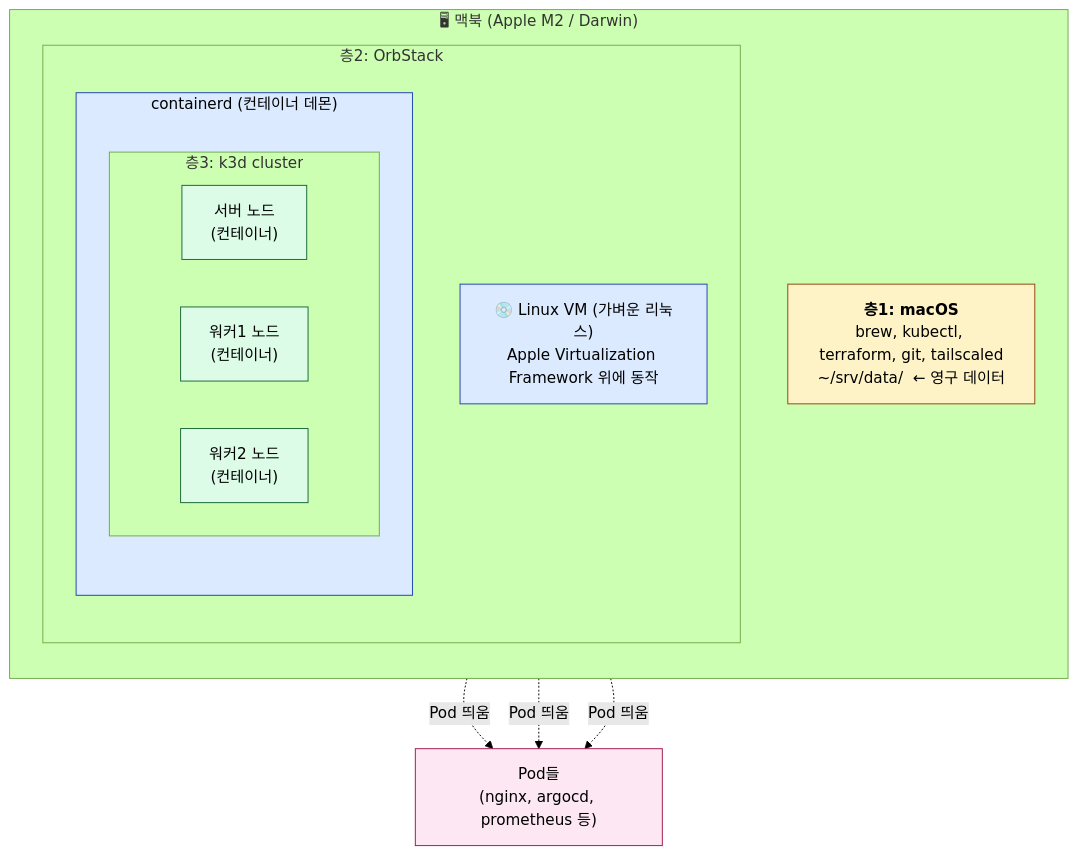
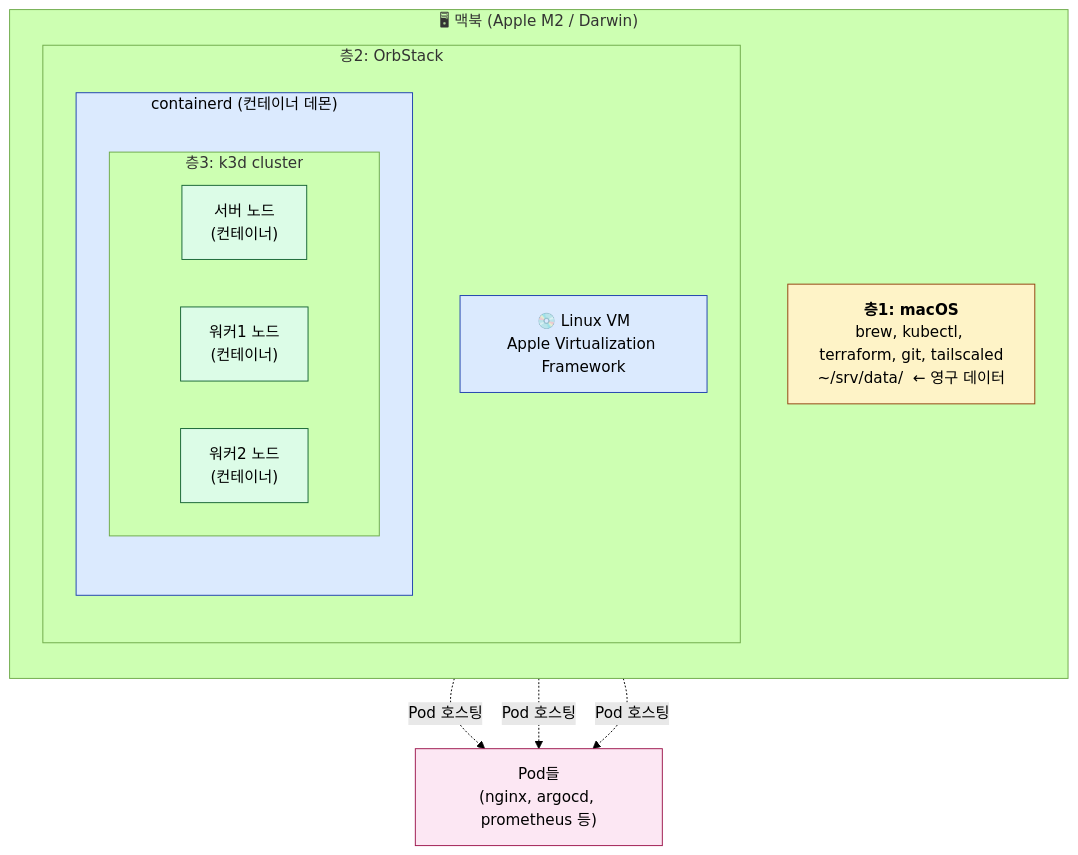
Before and after one commit to currenjin/currenjin.github.io: the second of 13 diagrams in _wiki/homelab.md, drawn with Mermaid (forest theme). The commit also changed other lines of this file, not shown here.

````diff
--- a/_wiki/homelab.md
+++ b/_wiki/homelab.md
@@ -214,36 +101,36 @@
 ```mermaid
 flowchart TB
   subgraph Mac["🖥 맥북 (Apple M2 / Darwin)"]
     direction TB
     L1["<b>층1: macOS</b><br/>brew, kubectl, terraform, git, tailscaled<br/>~/srv/data/  ← 영구 데이터"]
 
     subgraph L2["층2: OrbStack"]
       direction TB
-      VM["💿 Linux VM (가벼운 리눅스)<br/>Apple Virtualization Framework 위에 동작"]
+      VM["💿 Linux VM<br/>Apple Virtualization Framework"]
 
       subgraph CD["containerd (컨테이너 데몬)"]
         direction TB
         subgraph L3["층3: k3d cluster"]
           direction LR
           Server["서버 노드<br/>(컨테이너)"]
           Worker1["워커1 노드<br/>(컨테이너)"]
           Worker2["워커2 노드<br/>(컨테이너)"]
         end
       end
     end
   end
 
   Pods["Pod들<br/>(nginx, argocd, prometheus 등)"]
-  Server -. "Pod 띄움" .-> Pods
-  Worker1 -. "Pod 띄움" .-> Pods
-  Worker2 -. "Pod 띄움" .-> Pods
+  Server -. Pod 호스팅 .-> Pods
+  Worker1 -. Pod 호스팅 .-> Pods
+  Worker2 -. Pod 호스팅 .-> Pods
 
   classDef l1 fill:#fef3c7,stroke:#92400e,color:#000
   classDef l2 fill:#dbeafe,stroke:#1e40af,color:#000
   classDef l3 fill:#dcfce7,stroke:#166534,color:#000
   classDef pod fill:#fce7f3,stroke:#9d174d,color:#000
   class L1 l1
   class VM,CD l2
   class Server,Worker1,Worker2 l3
   class Pods pod
 ```
````
